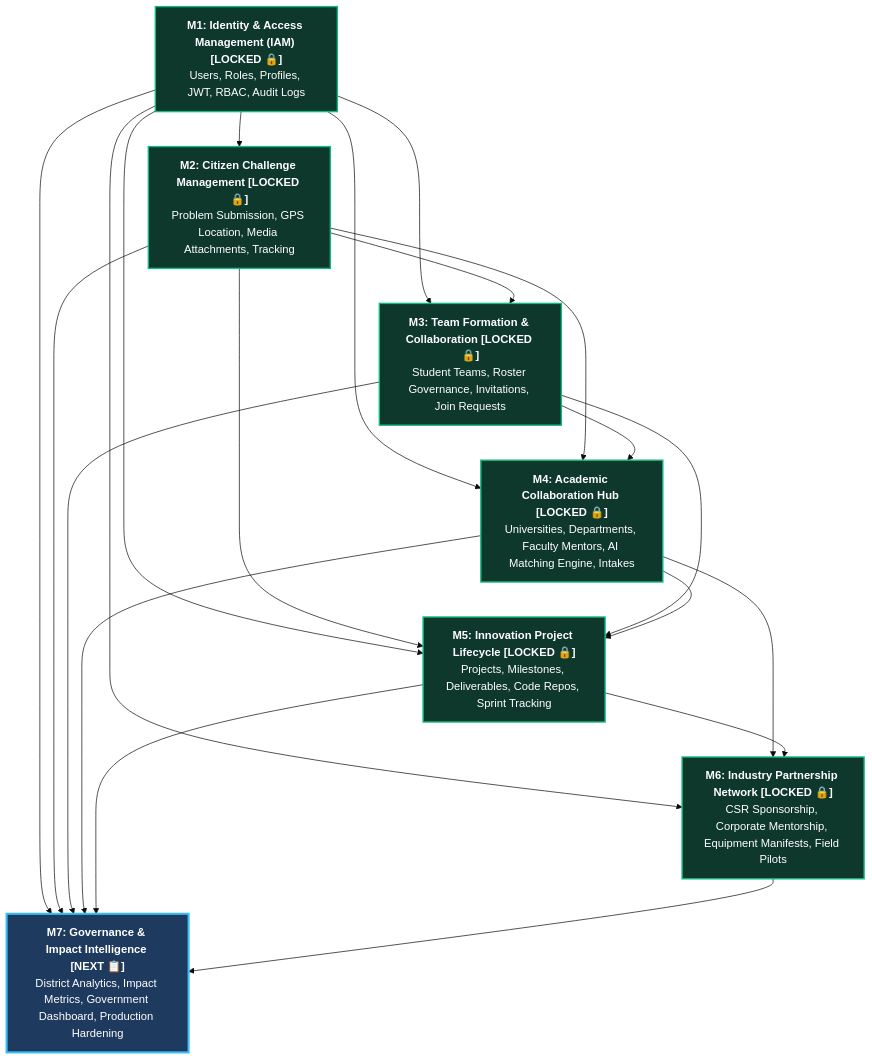
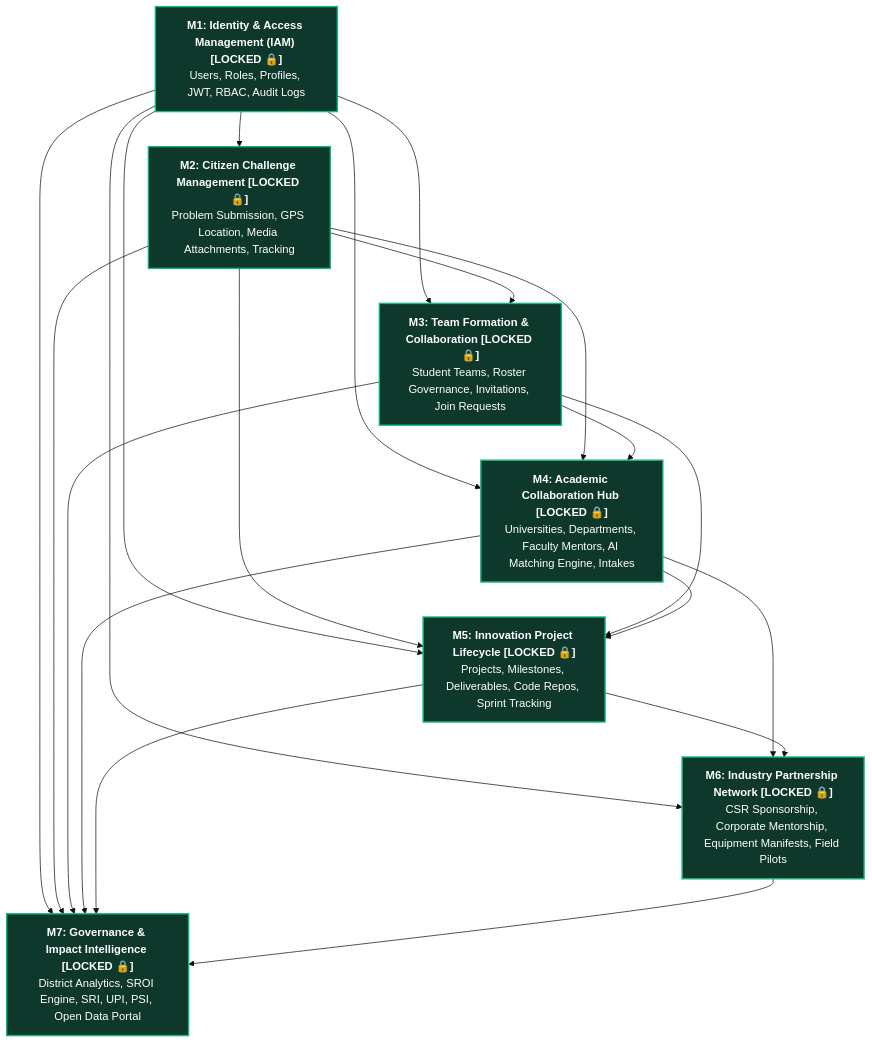
The diagram in MODULE-DEPENDENCY.md (complex-day/SICP-National-Platform), drawn with Mermaid (base theme) before and after one commit. The commit also changed other lines of this file and 7 other files, not shown here.

Commit message:
docs(m7): lock specification for module 7 governance and freeze platform baseline v7.0.0-m7-lock

````diff
--- a/MODULE-DEPENDENCY.md
+++ b/MODULE-DEPENDENCY.md
@@ -11,41 +13,38 @@
 ```mermaid
 graph TD
     M1["<b>M1: Identity & Access Management (IAM) [LOCKED 🔒]</b><br/>Users, Roles, Profiles, JWT, RBAC, Audit Logs"]
     
     M2["<b>M2: Citizen Challenge Management [LOCKED 🔒]</b><br/>Problem Submission, GPS Location, Media Attachments, Tracking"]
     M1 --> M2
 
     M3["<b>M3: Team Formation & Collaboration [LOCKED 🔒]</b><br/>Student Teams, Roster Governance, Invitations, Join Requests"]
     M1 --> M3
     M2 --> M3
 
     M4["<b>M4: Academic Collaboration Hub [LOCKED 🔒]</b><br/>Universities, Departments, Faculty Mentors, AI Matching Engine, Intakes"]
     M1 --> M4
     M2 --> M4
     M3 --> M4
 
     M5["<b>M5: Innovation Project Lifecycle [LOCKED 🔒]</b><br/>Projects, Milestones, Deliverables, Code Repos, Sprint Tracking"]
     M1 --> M5
     M2 --> M5
     M3 --> M5
     M4 --> M5
 
     M6["<b>M6: Industry Partnership Network [LOCKED 🔒]</b><br/>CSR Sponsorship, Corporate Mentorship, Equipment Manifests, Field Pilots"]
     M1 --> M6
     M4 --> M6
     M5 --> M6
 
-    M7["<b>M7: Governance & Impact Intelligence [NEXT 📋]</b><br/>District Analytics, Impact Metrics, Government Dashboard, Production Hardening"]
+    M7["<b>M7: Governance & Impact Intelligence [LOCKED 🔒]</b><br/>District Analytics, SROI Engine, SRI, UPI, PSI, Open Data Portal"]
     M1 --> M7
     M2 --> M7
     M3 --> M7
     M4 --> M7
     M5 --> M7
     M6 --> M7
 
     classDef locked fill:#0f382c,stroke:#10b981,stroke-width:2px,color:#fff;
-    classDef nextModule fill:#1e3a5f,stroke:#38bdf8,stroke-width:3px,color:#fff;
-    classDef upcoming fill:#1e293b,stroke:#64748b,stroke-width:2px,color:#fff;
-    class M1,M2,M3,M4,M5,M6 locked;
-    class M7 nextModule;
+    class M1,M2,M3,M4,M5,M6,M7 locked;
 ```
````
